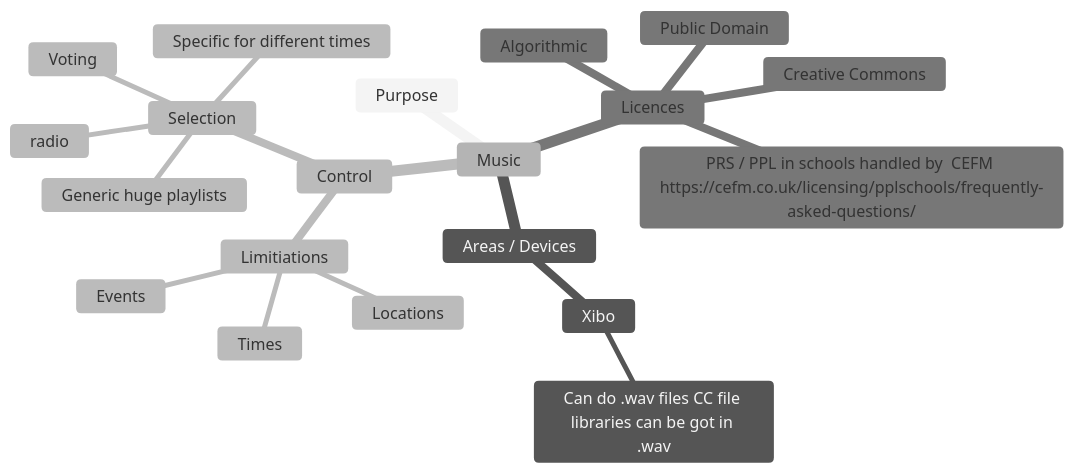
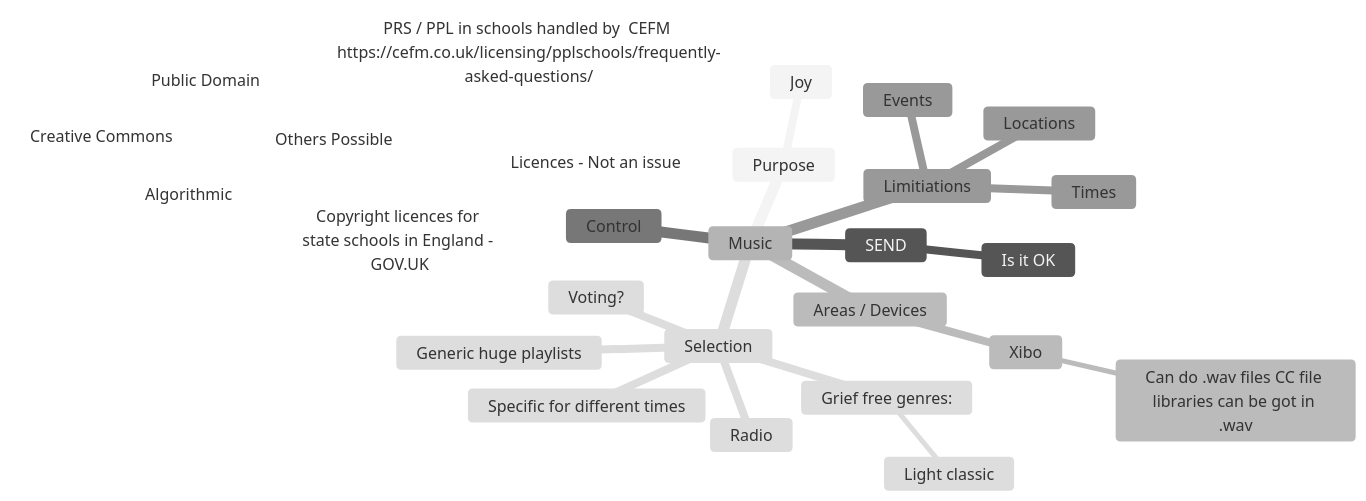
Before and after one commit to mr-eggleton/obsidian-notes: the diagram in Joy/Music.md, drawn with Mermaid (neutral theme). The commit also changed 1 other file, not shown here.

Commit message:
vault backup: 2025-03-20 08:24:23

````diff
--- a/Joy/Music.md
+++ b/Joy/Music.md
@@ -2,24 +2,31 @@
 ```mermaid
 mindmap
 	Music
 		Purpose
+			Joy
+		SEND 
+			Is it OK
 		Areas / Devices
 			Xibo
 				Can do .wav files CC file libraries can be got in .wav
 		Control
-			Limitiations
-				Times
-				Locations
-				Events
-			Selection
-				Voting
-				Generic huge playlists
-				Specific for different times
-				radio
-		Licences
+		Limitiations
+			Times
+			Locations
+			Events
+		Selection
+			Grief free genres:
+				Light classic
+			Voting?
+			Generic huge playlists
+			Specific for different times
+			Radio
+		Licences - Not an issue
+			Copyright licences for state schools in England - GOV.UK
 			PRS / PPL in schools handled by  CEFM https://cefm.co.uk/licensing/pplschools/frequently-asked-questions/
-			Public Domain
-			Creative Commons
-			Algorithmic
+			Others Possible
+				Public Domain
+				Creative Commons
+				Algorithmic
 
 ```
````
